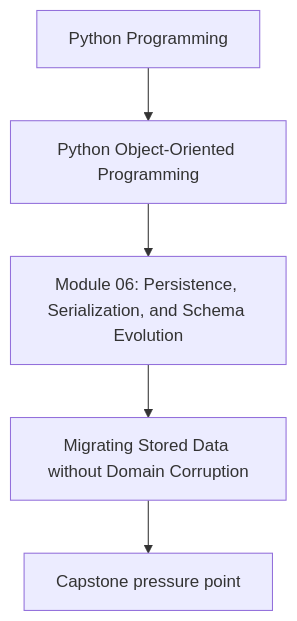
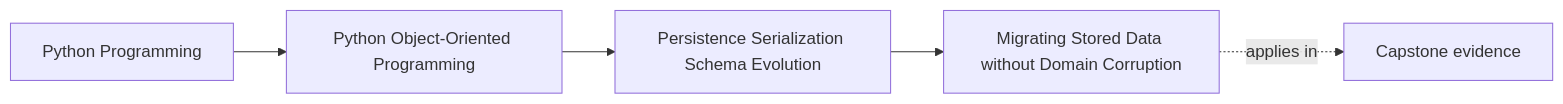
Before and after one commit to bijux/bijux-masterclass: the first of 2 diagrams in programs/python-programming/python-object-oriented-programming/course-book/module-06-persistence-serialization-schema-evolution/migrating-stored-data-without-domain-corruption.md, drawn with Mermaid. The commit also changed other lines of this file and 103 other files, not shown here.

Commit message:
docs(python-object-oriented-programming): map sustainment and capstone surfaces

````diff
--- a/programs/python-programming/python-object-oriented-programming/course-book/module-06-persistence-serialization-schema-evolution/migrating-stored-data-without-domain-corruption.md
+++ b/programs/python-programming/python-object-oriented-programming/course-book/module-06-persistence-serialization-schema-evolution/migrating-stored-data-without-domain-corruption.md
@@ -7,7 +7,11 @@
 ```mermaid
-flowchart TD
-  family["Python Programming"] --> program["Python Object-Oriented Programming"]
-  program --> module["Module 06: Persistence, Serialization, and Schema Evolution"]
-  module --> concept["Migrating Stored Data without Domain Corruption"]
-  concept --> capstone["Capstone pressure point"]
+graph LR
+  family["Python Programming"]
+  program["Python Object-Oriented Programming"]
+  section["Persistence Serialization Schema Evolution"]
+  page["Migrating Stored Data without Domain Corruption"]
+  capstone["Capstone evidence"]
+
+  family --> program --> section --> page
+  page -.applies in.-> capstone
 ```
````
